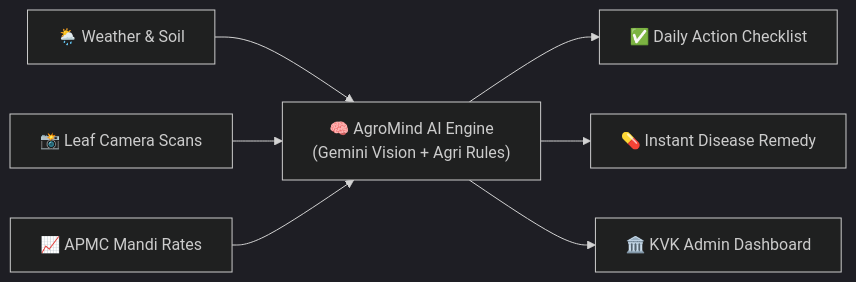
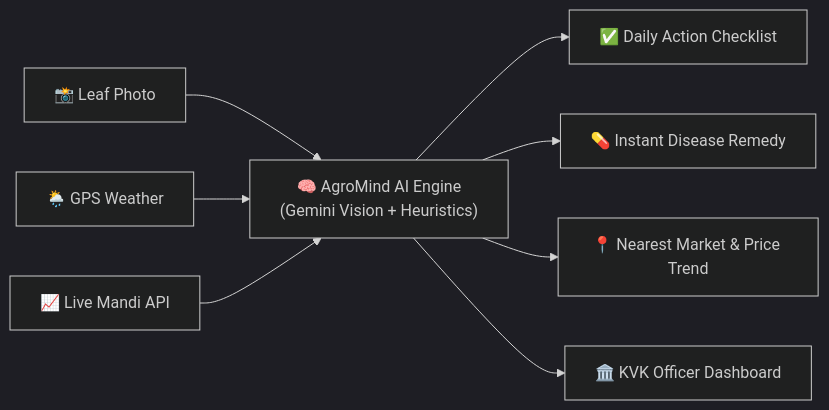
One commit to Xcoder-69/HACKFORGE changed the second of 2 diagrams in README.md. Above: the diagram before and after it, drawn with Mermaid (dark theme). The commit also changed other lines of this file and 44 other files, not shown here.

Commit message:
feat: complete AgroMind AI platform with Gemini 3.8 Flash vision, live mandi integration, multilingual support, and judge documentation

````diff
--- a/README.md
+++ b/README.md
@@ -55,10 +57,11 @@
 ```mermaid
 flowchart LR
-    W["🌦️ Weather & Soil"] --> AI["🧠 AgroMind AI Engine<br>(Gemini Vision + Agri Rules)"]
-    C["📸 Leaf Camera Scans"] --> AI
-    M["📈 APMC Mandi Rates"] --> AI
+    Img["📸 Leaf Photo"] --> AI["🧠 AgroMind AI Engine<br>(Gemini Vision + Heuristics)"]
+    Wx["🌦️ GPS Weather"] --> AI
+    Mkt["📈 Live Mandi API"] --> AI
 
-    AI --> A["✅ Daily Action Checklist"]
-    AI --> D["💊 Instant Disease Remedy"]
-    AI --> K["🏛️ KVK Admin Dashboard"]
+    AI --> Act["✅ Daily Action Checklist"]
+    AI --> Med["💊 Instant Disease Remedy"]
+    AI --> MktInfo["📍 Nearest Market & Price Trend"]
+    AI --> KVK["🏛️ KVK Officer Dashboard"]
 ```
````
